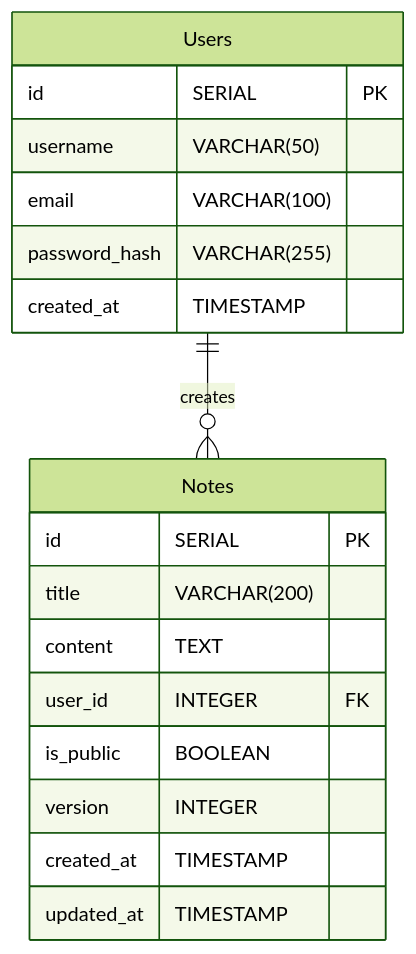
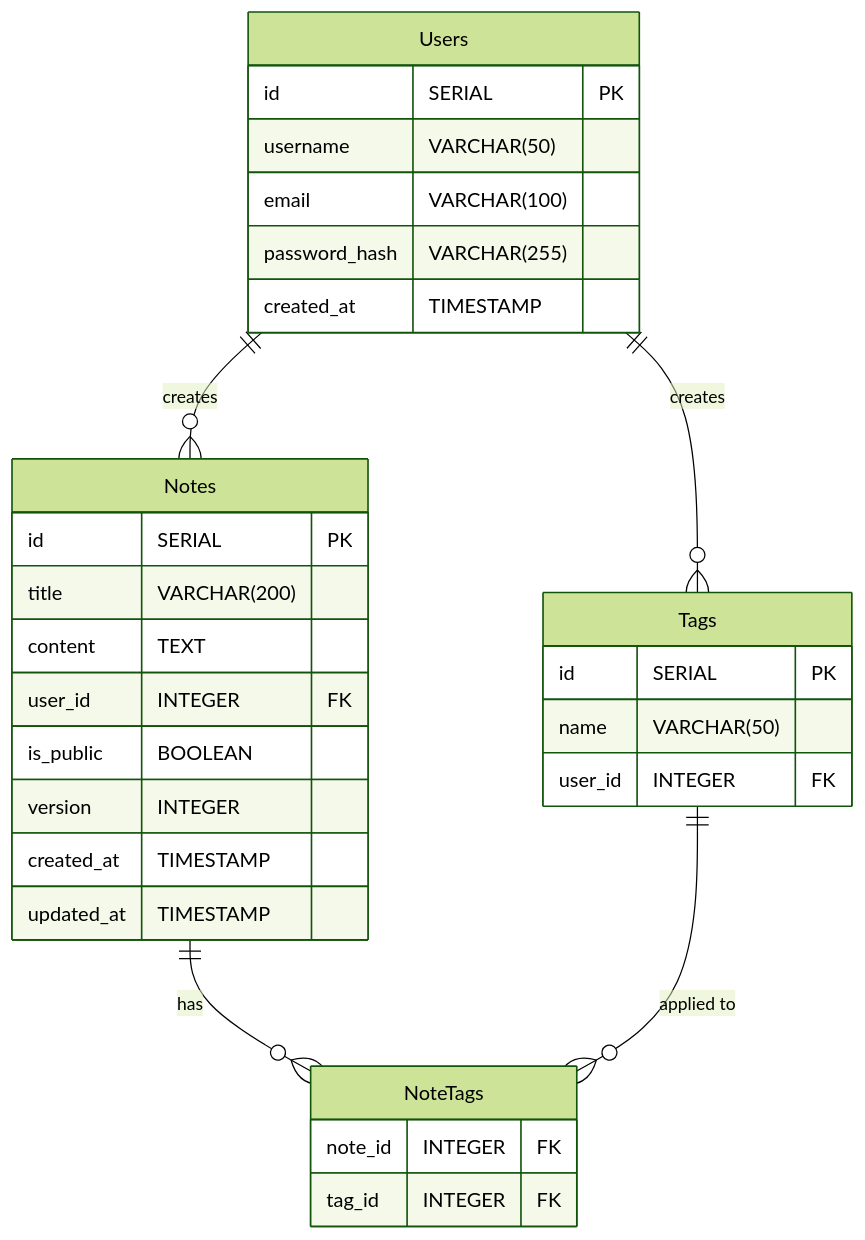
The diagram in be/readme.md (sonsonson110/note-app), drawn with Mermaid (forest theme) before and after one commit. The commit also changed other lines of this file and 20 other files, not shown here.

````diff
--- a/be/readme.md
+++ b/be/readme.md
@@ -40,23 +40,38 @@
 ```mermaid
 erDiagram
     Users {
         id SERIAL PK
         username VARCHAR(50)
         email VARCHAR(100)
         password_hash VARCHAR(255)
         created_at TIMESTAMP
     }
 
     Notes {
         id SERIAL PK
         title VARCHAR(200)
         content TEXT
         user_id INTEGER FK
         is_public BOOLEAN
         version INTEGER
         created_at TIMESTAMP
         updated_at TIMESTAMP
     }
 
+    Tags {
+        id SERIAL PK
+        name VARCHAR(50)
+        user_id INTEGER FK
+    }
+
+    NoteTags {
+        note_id INTEGER FK
+        tag_id INTEGER FK
+    }
+
     Users ||--o{ Notes : "creates"
+    Users ||--o{ Tags : "creates"
+    Notes ||--o{ NoteTags : "has"
+    Tags ||--o{ NoteTags : "applied to"
+
 ```
````
